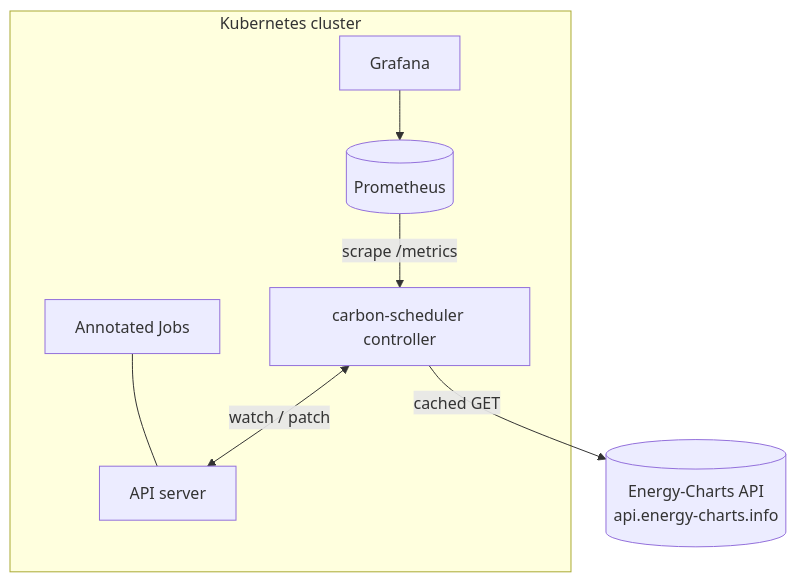
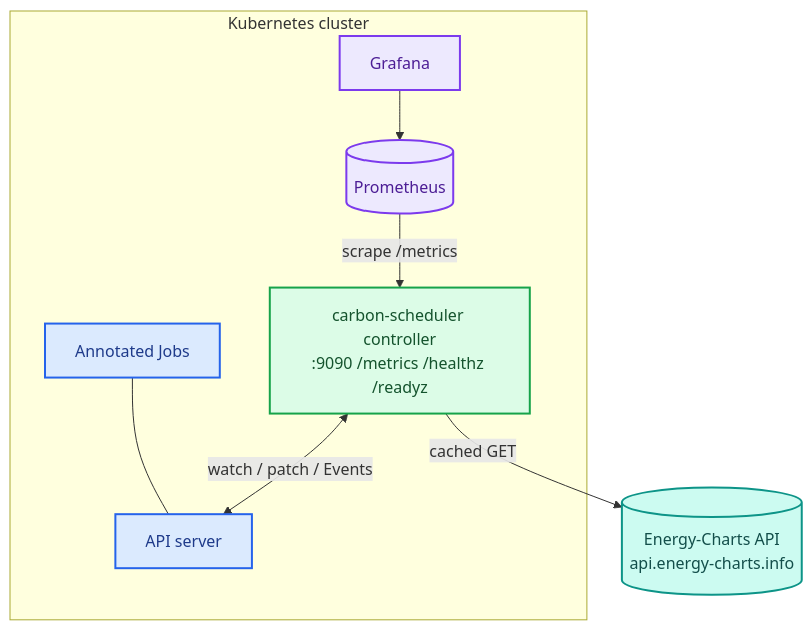
The first of 3 diagrams in docs/ARCHITECTURE.md (mahmudul-islam32/carbon-aware-k8s-scheduler), drawn with Mermaid before and after one commit. The commit also changed other lines of this file and 8 other files, not shown here.

First line of the commit message:
docs: feature catalogue, roadmap and infographics

````diff
--- a/docs/ARCHITECTURE.md
+++ b/docs/ARCHITECTURE.md
@@ -11,16 +11,21 @@
 ```mermaid
 flowchart TB
-    subgraph Cluster[Kubernetes cluster]
-        API[API server]
-        CTRL[carbon-scheduler controller]
-        JOB[Annotated Jobs]
-        PROM[(Prometheus)]
-        GRAF[Grafana]
+    classDef ext fill:#ccfbf1,stroke:#0d9488,color:#134e4a,stroke-width:2px
+    classDef ctrl fill:#dcfce7,stroke:#16a34a,color:#14532d,stroke-width:2px
+    classDef obs fill:#ede9fe,stroke:#7c3aed,color:#4c1d95,stroke-width:2px
+    classDef k8s fill:#dbeafe,stroke:#2563eb,color:#1e3a8a,stroke-width:2px
+
+    subgraph Cluster["Kubernetes cluster"]
+        API["API server"]:::k8s
+        CTRL["carbon-scheduler controller<br/>:9090 /metrics /healthz /readyz"]:::ctrl
+        JOB["Annotated Jobs"]:::k8s
+        PROM[("Prometheus")]:::obs
+        GRAF["Grafana"]:::obs
     end
-    EC[(Energy-Charts API<br/>api.energy-charts.info)]
+    EC[("Energy-Charts API<br/>api.energy-charts.info")]:::ext
     JOB --- API
-    CTRL <-->|watch / patch| API
-    CTRL -->|cached GET| EC
-    PROM -->|scrape /metrics| CTRL
+    CTRL <-->|"watch / patch / Events"| API
+    CTRL -->|"cached GET"| EC
+    PROM -->|"scrape /metrics"| CTRL
     GRAF --> PROM
 ```
````
